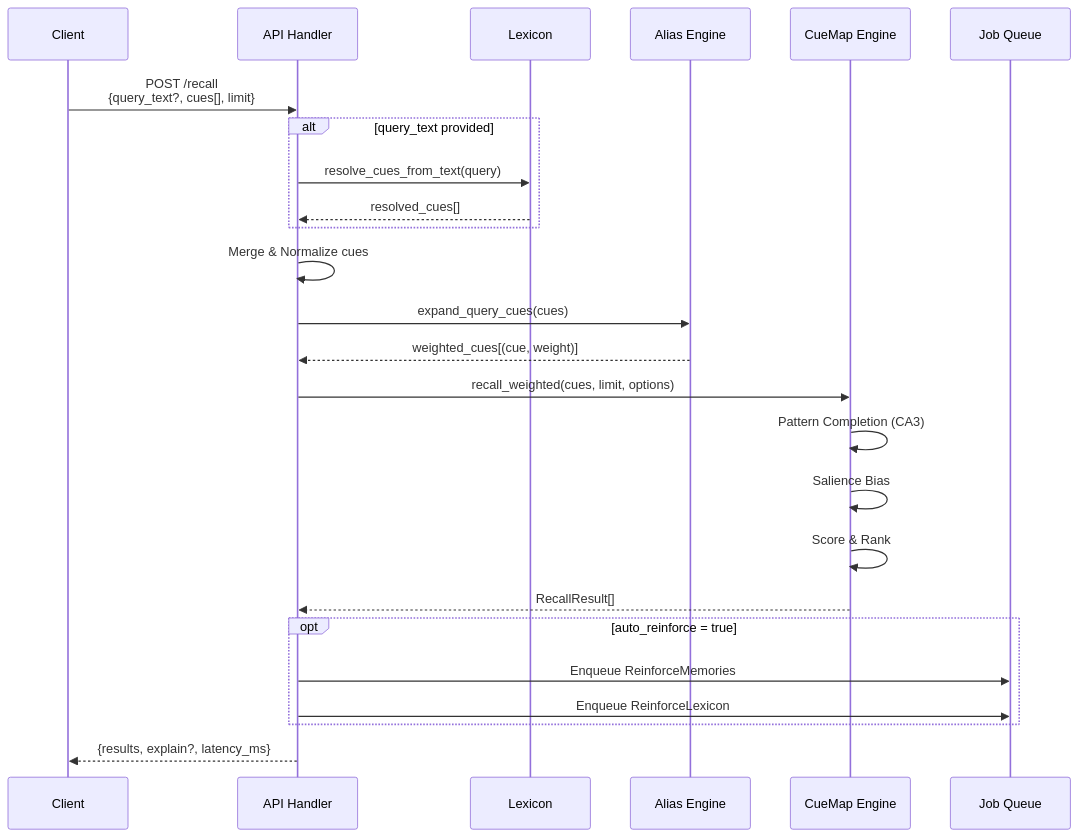
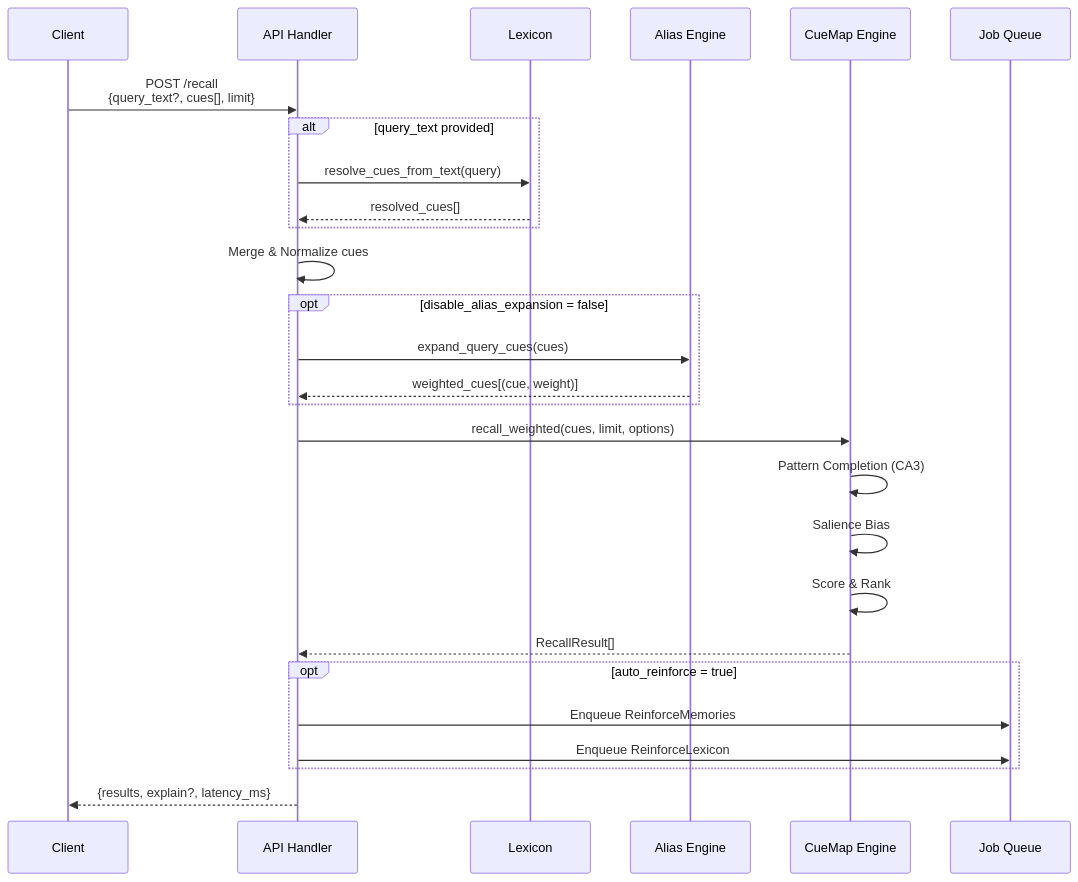
The third of 6 diagrams in README.md (cuemap-dev/cuemap), drawn with Mermaid before and after one commit. The commit also changed other lines of this file and 4 other files, not shown here.

````diff
--- a/README.md
+++ b/README.md
@@ -791,35 +782,37 @@
 ```mermaid
 sequenceDiagram
     participant C as Client
     participant API as API Handler
     participant Lex as Lexicon
     participant Alias as Alias Engine
     participant Main as CueMap Engine
     participant Q as Job Queue
     
     C->>API: POST /recall<br/>{query_text?, cues[], limit}
     
     alt query_text provided
         API->>Lex: resolve_cues_from_text(query)
         Lex-->>API: resolved_cues[]
     end
     
     API->>API: Merge & Normalize cues
     
-    API->>Alias: expand_query_cues(cues)
-    Alias-->>API: weighted_cues[(cue, weight)]
+    opt disable_alias_expansion = false
+        API->>Alias: expand_query_cues(cues)
+        Alias-->>API: weighted_cues[(cue, weight)]
+    end
     
     API->>Main: recall_weighted(cues, limit, options)
     Main->>Main: Pattern Completion (CA3)
     Main->>Main: Salience Bias
     Main->>Main: Score & Rank
     
     Main-->>API: RecallResult[]
     
     opt auto_reinforce = true
         API->>Q: Enqueue ReinforceMemories
         API->>Q: Enqueue ReinforceLexicon
     end
     
     API-->>C: {results, explain?, latency_ms}
 ```
````
